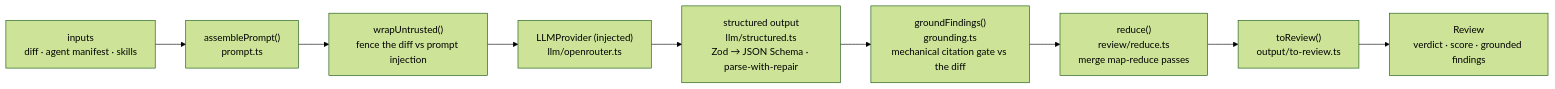
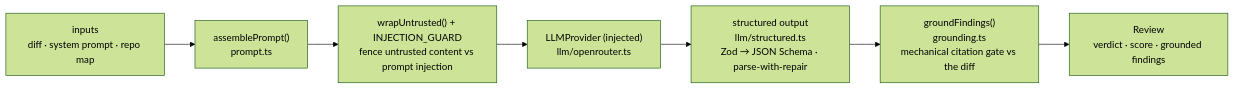
One commit to VaLeXaR/dev-digest changed the diagram in reviewer-core/README.md. Above: the diagram before and after it, drawn with Mermaid (forest theme). The commit also changed other lines of this file and 7 other files, not shown here.

First line of the commit message:
docs(part0): redraw reviewer diagrams + describe the starter repo

````diff
--- a/reviewer-core/README.md
+++ b/reviewer-core/README.md
@@ -18,11 +16,9 @@
 ```mermaid
 flowchart LR
-  IN["inputs<br/>diff · agent manifest · skills"] --> PROMPT["assemblePrompt()<br/>prompt.ts"]
-  PROMPT --> WRAP["wrapUntrusted()<br/>fence the diff vs prompt injection"]
+  IN["inputs<br/>diff · system prompt · repo map"] --> PROMPT["assemblePrompt()<br/>prompt.ts"]
+  PROMPT --> WRAP["wrapUntrusted() + INJECTION_GUARD<br/>fence untrusted content vs prompt injection"]
   WRAP --> LLM["LLMProvider (injected)<br/>llm/openrouter.ts"]
   LLM --> STRUCT["structured output<br/>llm/structured.ts<br/>Zod → JSON Schema · parse-with-repair"]
   STRUCT --> GROUND["groundFindings()<br/>grounding.ts<br/>mechanical citation gate vs the diff"]
-  GROUND --> REDUCE["reduce()<br/>review/reduce.ts<br/>merge map-reduce passes"]
-  REDUCE --> TOREVIEW["toReview()<br/>output/to-review.ts"]
-  TOREVIEW --> OUT["Review<br/>verdict · score · grounded findings"]
+  GROUND --> OUT["Review<br/>verdict · score · grounded findings"]
 ```
````
